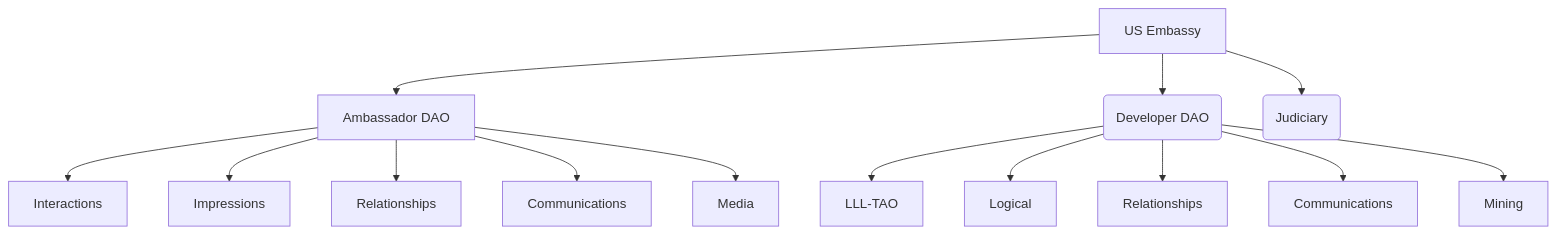
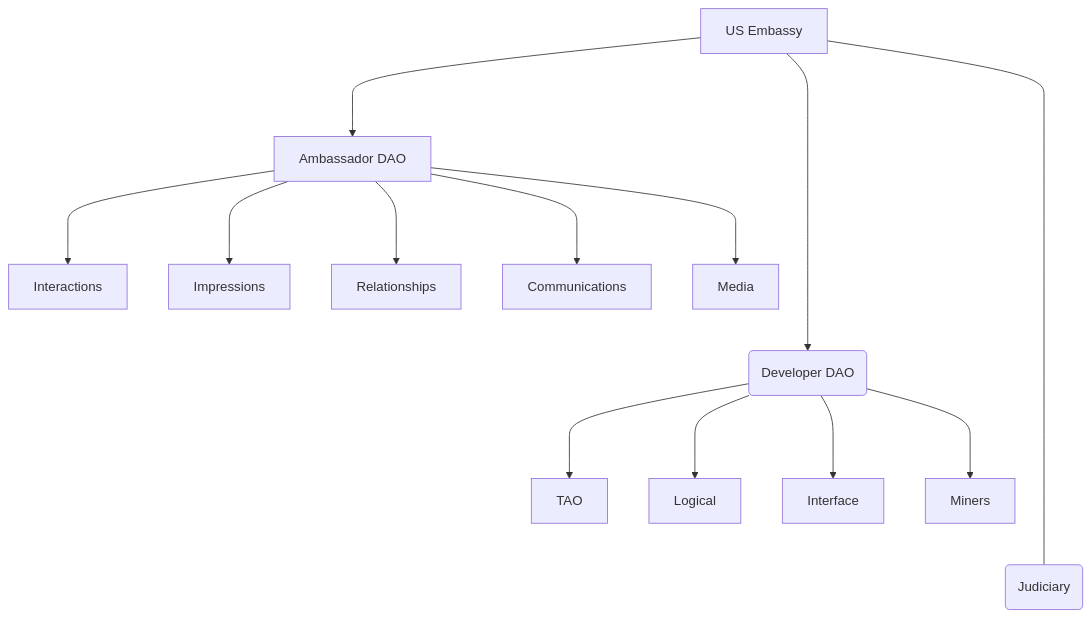
One commit to Interactions-Nexus/Nexus-Wiki changed the diagram in dao/org-chart.md. Above: the diagram before and after it, drawn with Mermaid. The commit also changed other lines of this file, not shown here.

Commit message:
docs: update dao/org-chart

````diff
--- a/dao/org-chart.md
+++ b/dao/org-chart.md
@@ -14,22 +14,22 @@
 ```mermaid
 flowchart TD
-    A[ US Embassy]
-    A-->B[Ambassador DAO];
-    A-->C(Developer DAO);
-    A-->D(Judiciary);
-    B-->E[Interactions]
-    B-->F[Impressions]
-    B-->G[Relationships]
-    B-->H[Communications]
-    B-->I[Media]
-    C-->J[LLL-TAO]
-    C-->K[Logical]
-    C-->L[Relationships]
-    C-->M[Communications]
-    C-->O[Mining]
+    A[US Embassy]
+    A--->B[Ambassador DAO];
+    A------>C(Developer DAO);
+    A----------D(Judiciary);
+    B--->E[Interactions]
+    B--->F[Impressions]
+    B--->G[Relationships]
+    B--->H[Communications]
+    B--->I[Media]
+    C--->J[TAO]
+    C--->K[Logical]
+    C--->L[Interface]
+    C--->M[Miners]
+        
     
     
     
     
     
 ```
````
